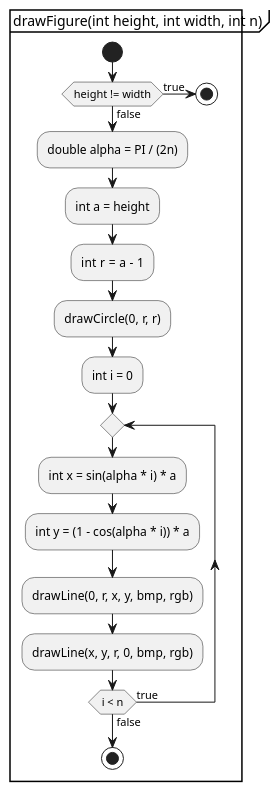
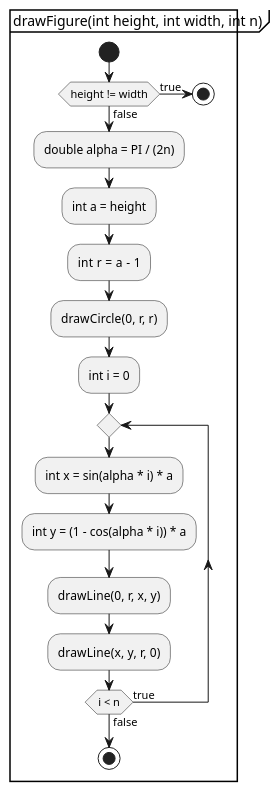
One commit to lasse-herzog/bitmap-generator changed the diagram in docs/drawFigure.puml. Above: the diagram before and after it, drawn with PlantUML.

```diff
--- a/docs/drawFigure.puml
+++ b/docs/drawFigure.puml
@@ -1,24 +1,24 @@
 @startuml
 'https://plantuml.com/activity-diagram-beta
 group drawFigure(int height, int width, int n)
 start
 
 if (height != width) then (true)
   stop
 else (false)
   :double alpha = PI / (2n);
   :int a = height;
   :int r  = a - 1;
   :drawCircle(0, r, r);
   :int i = 0;
 
   repeat
   :int x = sin(alpha * i) * a;
   :int y = (1 - cos(alpha * i)) * a;
-  :drawLine(0, r, x, y, bmp, rgb);
-  :drawLine(x, y, r, 0, bmp, rgb);
+  :drawLine(0, r, x, y);
+  :drawLine(x, y, r, 0);
   repeat while (i < n) is (true) not (false)
 endif
 
 stop
 @enduml
```
